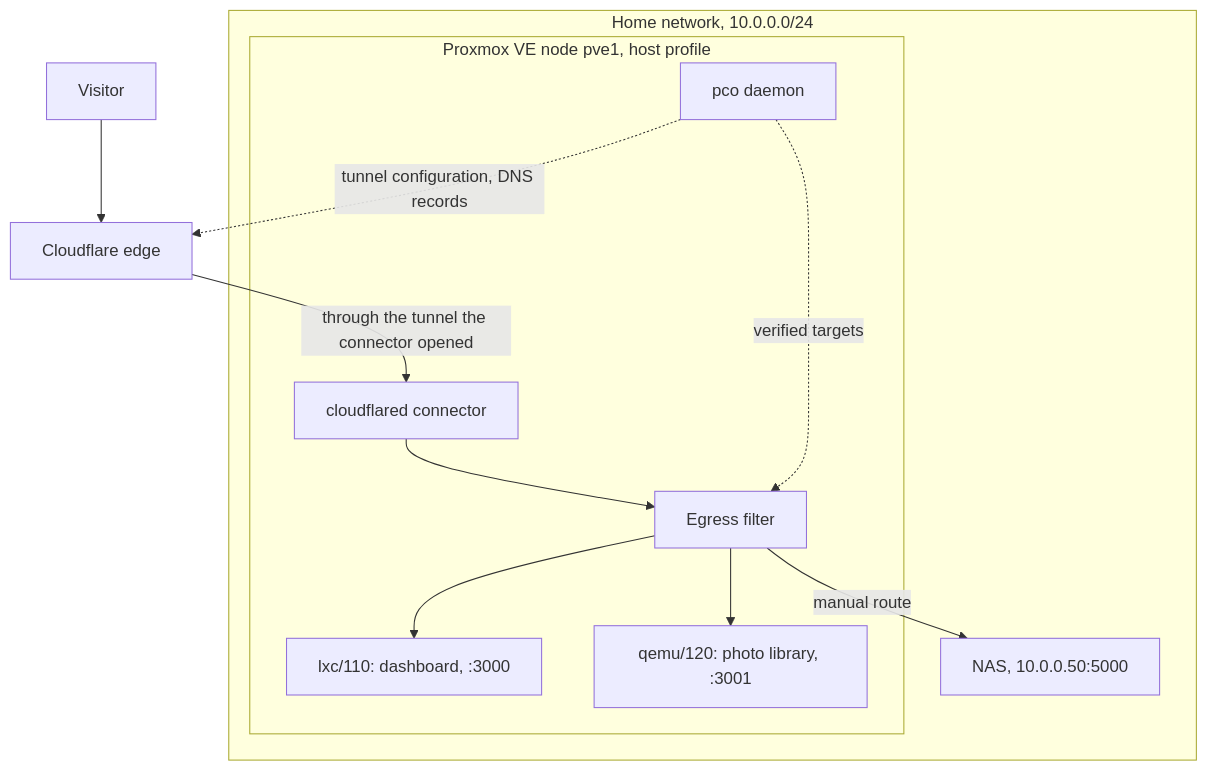
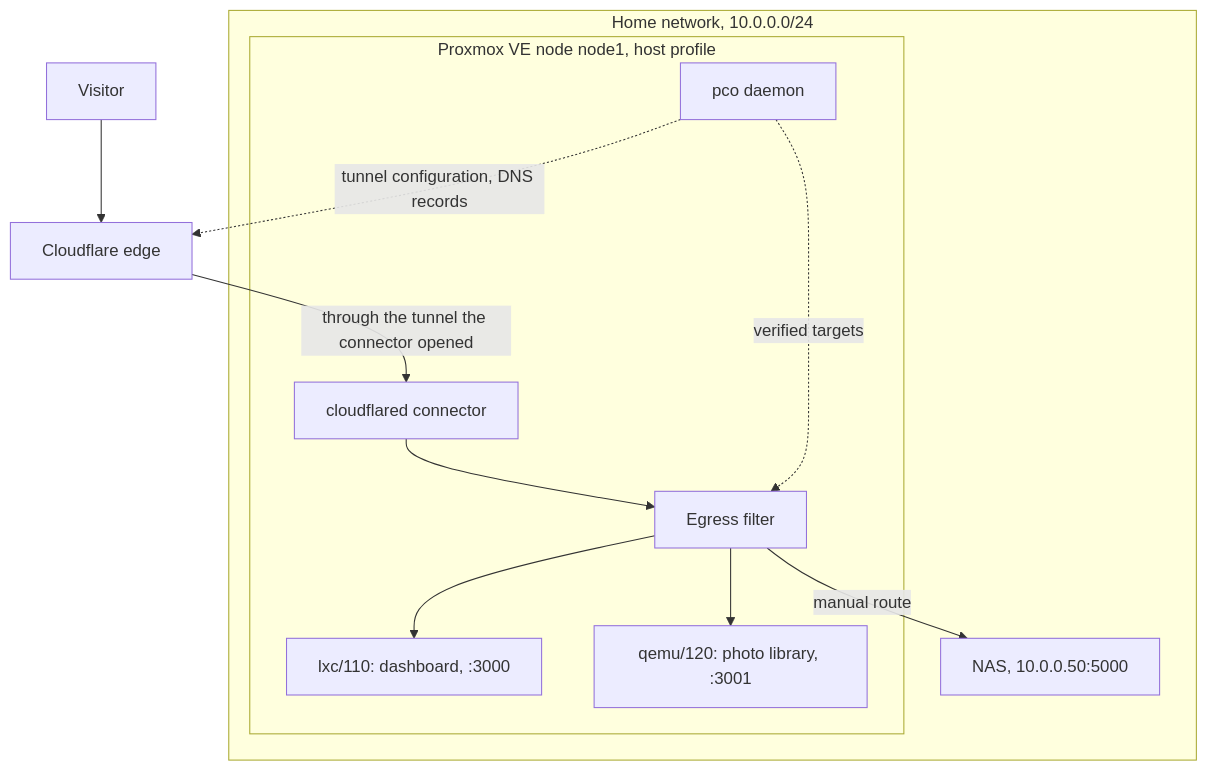
Before and after one commit to anaryk/proxmox-cloudflared-operator: the diagram in docs/use-cases/homelab.md, drawn with Mermaid. The commit also changed other lines of this file and 7 other files, not shown here.

```diff
--- a/docs/use-cases/homelab.md
+++ b/docs/use-cases/homelab.md
@@ -26,19 +26,19 @@
 ~~~mermaid
 flowchart TB
     visitor["Visitor"] --> edge["Cloudflare edge"]
     subgraph lan["Home network, 10.0.0.0/24"]
-        subgraph node["Proxmox VE node pve1, host profile"]
+        subgraph node["Proxmox VE node node1, host profile"]
             connector["cloudflared connector"] --> filter["Egress filter"]
             daemon["pco daemon"]
             dash["lxc/110: dashboard, :3000"]
             photos["qemu/120: photo library, :3001"]
         end
         nas["NAS, 10.0.0.50:5000"]
     end
     edge -->|"through the tunnel the connector opened"| connector
     filter --> dash
     filter --> photos
     filter -->|"manual route"| nas
     daemon -. "tunnel configuration, DNS records" .-> edge
     daemon -. "verified targets" .-> filter
 ~~~
```
